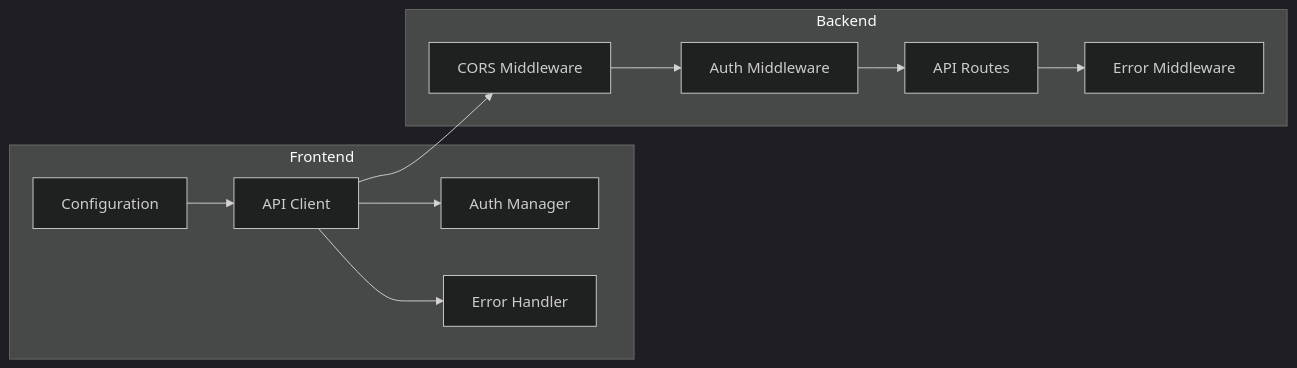
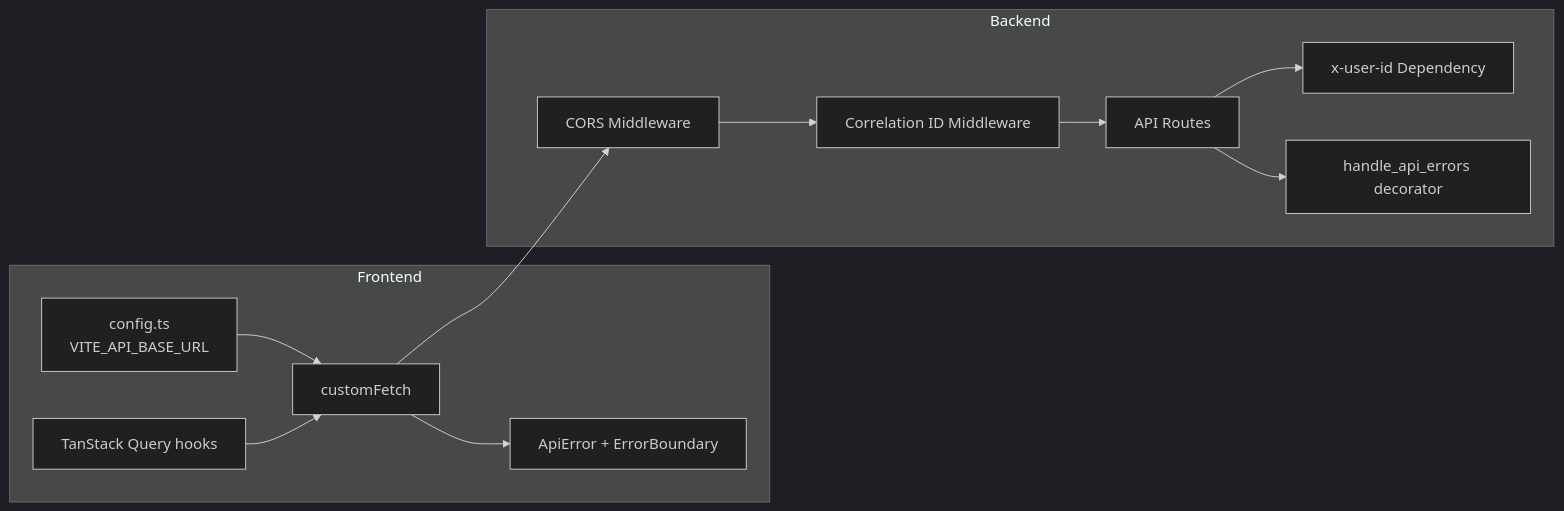
Before and after one commit to gofrolist/calorie-track-ai-bot-api: the tenth of 14 diagrams in docs/ARCHITECTURE.md, drawn with Mermaid (dark theme). The commit also changed other lines of this file and 49 other files, not shown here.

First line of the commit message:
docs: align documentation with current code and architecture

````diff
--- a/docs/ARCHITECTURE.md
+++ b/docs/ARCHITECTURE.md
@@ -515,24 +524,26 @@
 ```mermaid
 graph LR
     subgraph "Frontend"
-        CONFIG[Configuration]
-        API_CLIENT[API Client]
-        AUTH_MGR[Auth Manager]
-        ERROR_HANDLER[Error Handler]
+        CONFIG[config.ts<br/>VITE_API_BASE_URL]
+        QUERIES[TanStack Query hooks]
+        API_CLIENT[customFetch]
+        ERROR_HANDLER[ApiError + ErrorBoundary]
     end
 
     subgraph "Backend"
         CORS[CORS Middleware]
-        AUTH_MIDDLEWARE[Auth Middleware]
+        CORRELATION[Correlation ID Middleware]
+        AUTH_DEP[x-user-id Dependency]
         API_ROUTES[API Routes]
-        ERROR_MIDDLEWARE[Error Middleware]
+        ERROR_DECORATOR[handle_api_errors decorator]
     end
 
     CONFIG --> API_CLIENT
-    API_CLIENT --> AUTH_MGR
+    QUERIES --> API_CLIENT
     API_CLIENT --> ERROR_HANDLER
     API_CLIENT --> CORS
-    CORS --> AUTH_MIDDLEWARE
-    AUTH_MIDDLEWARE --> API_ROUTES
-    API_ROUTES --> ERROR_MIDDLEWARE
+    CORS --> CORRELATION
+    CORRELATION --> API_ROUTES
+    API_ROUTES --> AUTH_DEP
+    API_ROUTES --> ERROR_DECORATOR
 ```
````
